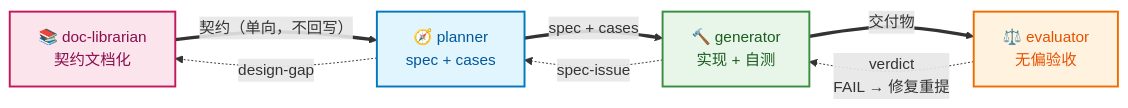
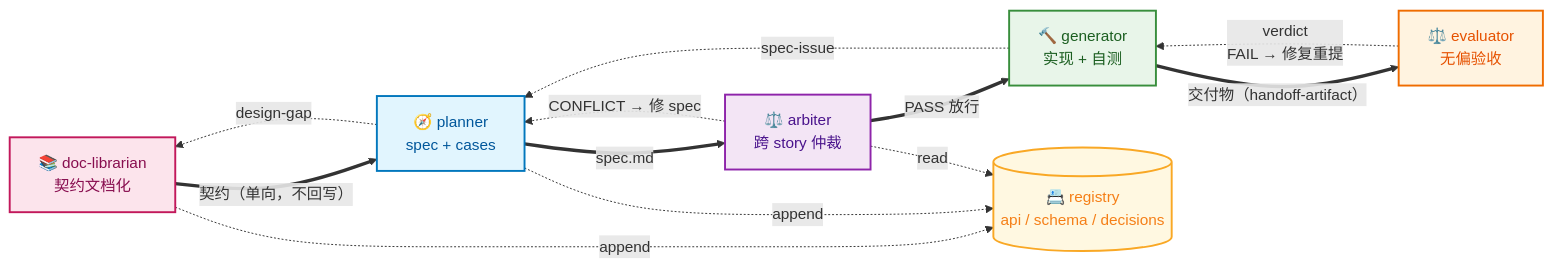
One commit to dd-xiaozhi/dev-agent-flow changed diagram 13 of 14 in README.md. Above: the diagram before and after it, drawn with Mermaid. The commit also changed other lines of this file and 2 other files, not shown here.

Commit message:
docs: README 全量刷新对齐当前实现(arbiter+registry+19步tapd-full+23事件+hooks) + doc-librarian/notify 规则微调

````diff
--- a/README.md
+++ b/README.md
@@ -672,24 +707,34 @@
 ```mermaid
 flowchart LR
     DL["📚 doc-librarian<br/>契约文档化"]
     PL["🧭 planner<br/>spec + cases"]
+    AR["⚖️ arbiter<br/>跨 story 仲裁"]
     GE["🔨 generator<br/>实现 + 自测"]
     EV["⚖️ evaluator<br/>无偏验收"]
+    REG[("📇 registry<br/>api / schema / decisions")]
 
     DL ==>|契约（单向，不回写）| PL
-    PL ==>|spec + cases| GE
-    GE ==>|交付物| EV
+    PL ==>|spec.md| AR
+    AR ==>|"PASS 放行"| GE
+    GE ==>|交付物（handoff-artifact）| EV
     EV -.->|"verdict<br/>FAIL → 修复重提"| GE
+    AR -.->|"CONFLICT → 修 spec"| PL
     GE -.->|spec-issue| PL
     PL -.->|design-gap| DL
+    DL & PL -.->|append| REG
+    AR -.->|read| REG
 
     classDef doc fill:#fce4ec,stroke:#c2185b,stroke-width:2px,color:#880e4f
     classDef plan fill:#e1f5fe,stroke:#0277bd,stroke-width:2px,color:#01579b
+    classDef arb fill:#f3e5f5,stroke:#8e24aa,stroke-width:2px,color:#4a148c
     classDef impl fill:#e8f5e9,stroke:#388e3c,stroke-width:2px,color:#1b5e20
     classDef eval fill:#fff3e0,stroke:#ef6c00,stroke-width:2px,color:#e65100
+    classDef reg fill:#fff8e1,stroke:#f9a825,stroke-width:2px,color:#f57f17
 
     class DL doc
     class PL plan
+    class AR arb
     class GE impl
     class EV eval
+    class REG reg
 ```
````
